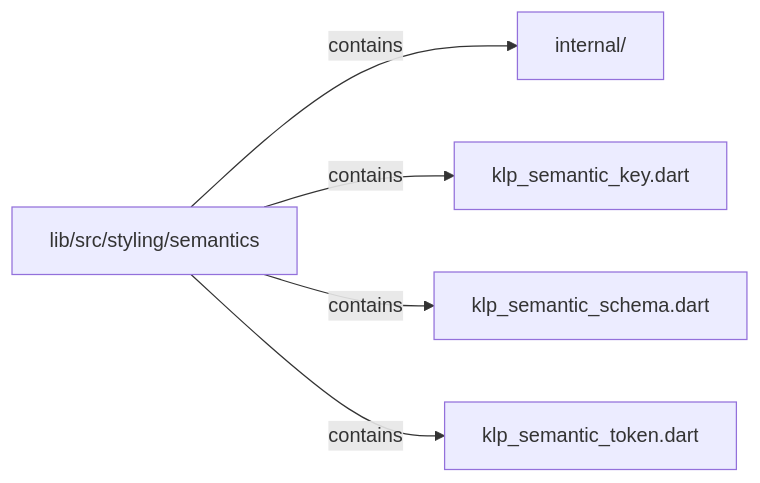
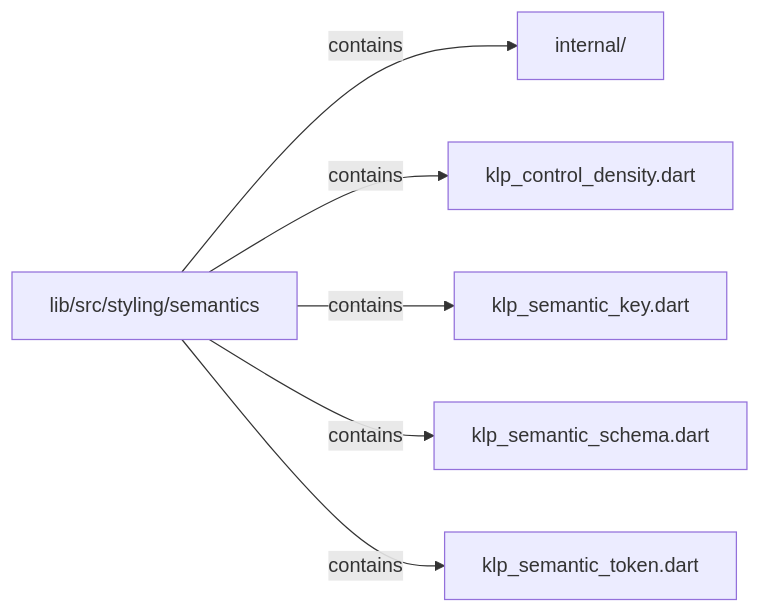
Before and after one commit to MiuDog/Kallopis: the second of 2 diagrams in docs/architecture/src/styling/semantics/README.md, drawn with Mermaid. The commit also changed other lines of this file and 9688 other files, not shown here.

Commit message:
Prepare isolated Flow F2 peer baseline

````diff
--- a/docs/architecture/src/styling/semantics/README.md
+++ b/docs/architecture/src/styling/semantics/README.md
@@ -42,12 +45,14 @@
 ```mermaid
 flowchart LR
 	n0["lib/src/styling/semantics"]
 	n1["internal/"]
-	n2["klp_semantic_key.dart"]
-	n3["klp_semantic_schema.dart"]
-	n4["klp_semantic_token.dart"]
+	n2["klp_control_density.dart"]
+	n3["klp_semantic_key.dart"]
+	n4["klp_semantic_schema.dart"]
+	n5["klp_semantic_token.dart"]
 	n0 -->|"contains"| n1
 	n0 -->|"contains"| n2
 	n0 -->|"contains"| n3
 	n0 -->|"contains"| n4
+	n0 -->|"contains"| n5
 ```
````
